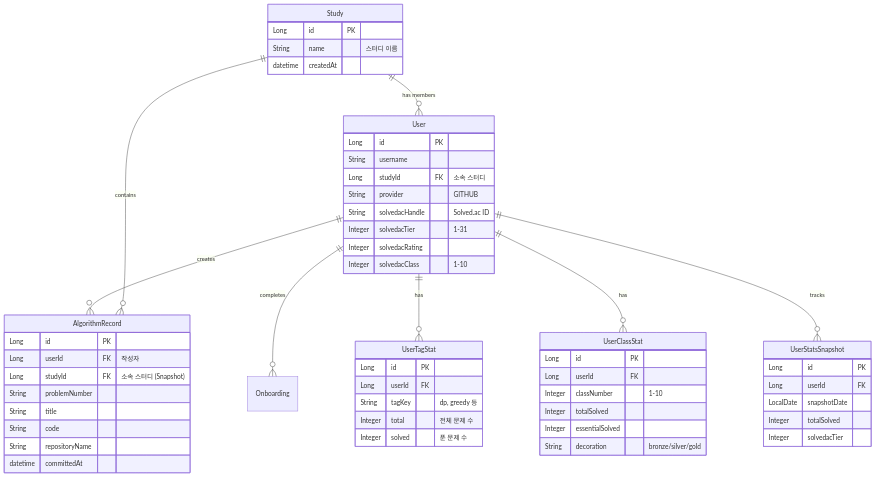
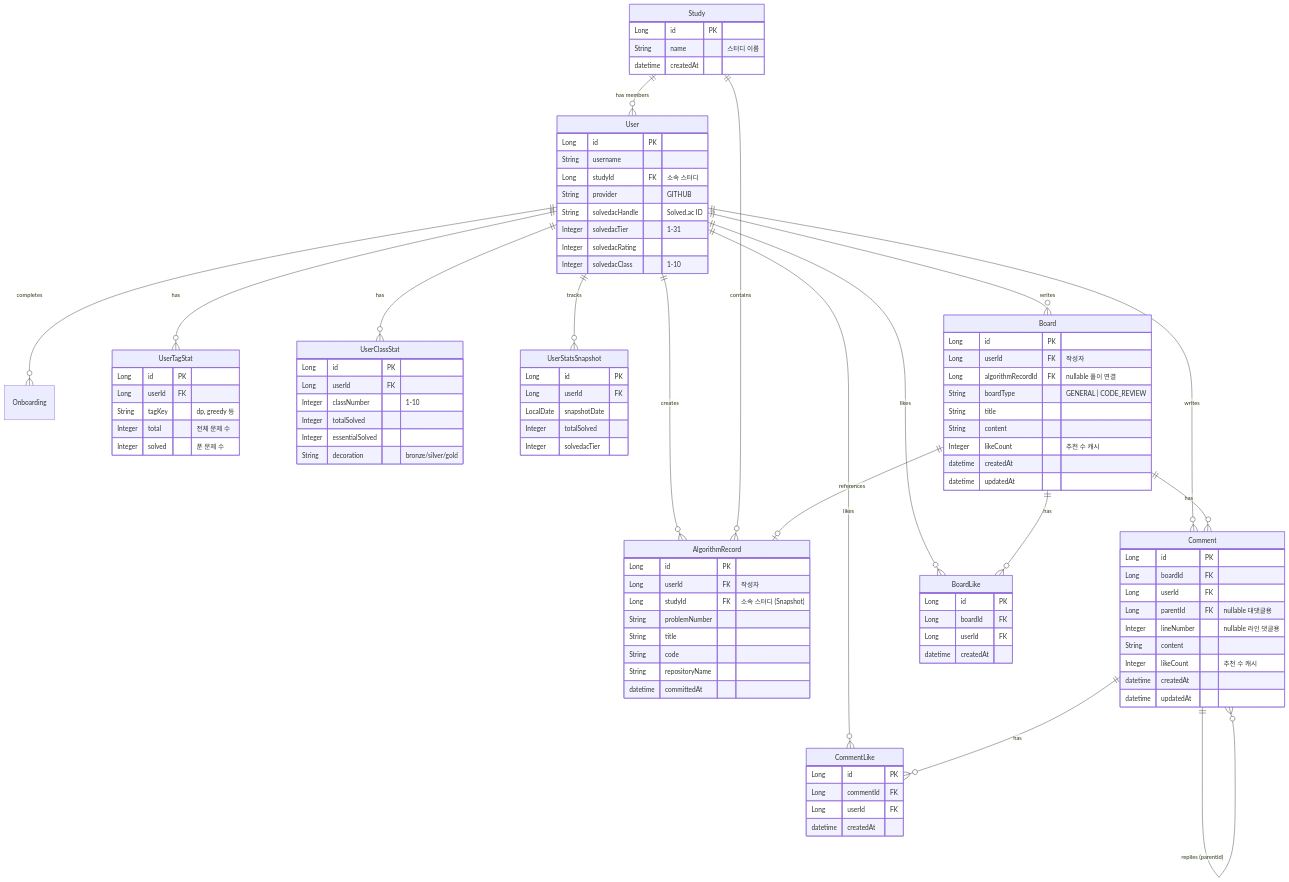
One commit to utact/dash changed the first of 3 diagrams in backend/docs/DOMAIN_MODEL.md. Above: the diagram before and after it, drawn with Mermaid. The commit also changed other lines of this file and 2 other files, not shown here.

Commit message:
docs: Board/Comment/Like 도메인 추가에 따른 문서 업데이트

```diff
--- a/backend/docs/DOMAIN_MODEL.md
+++ b/backend/docs/DOMAIN_MODEL.md
@@ -13,6 +13,15 @@
     User ||--o{ UserTagStat : "has"
     User ||--o{ UserClassStat : "has"
     User ||--o{ UserStatsSnapshot : "tracks"
+    User ||--o{ Board : "writes"
+    User ||--o{ Comment : "writes"
+    User ||--o{ BoardLike : "likes"
+    User ||--o{ CommentLike : "likes"
+    Board ||--o| AlgorithmRecord : "references"
+    Board ||--o{ Comment : "has"
+    Board ||--o{ BoardLike : "has"
+    Comment ||--o{ Comment : "replies (parentId)"
+    Comment ||--o{ CommentLike : "has"
     
     Study {
         Long id PK
@@ -42,6 +51,44 @@
         datetime committedAt
     }
 
+    Board {
+        Long id PK
+        Long userId FK "작성자"
+        Long algorithmRecordId FK "nullable 풀이 연결"
+        String boardType "GENERAL | CODE_REVIEW"
+        String title
+        String content
+        Integer likeCount "추천 수 캐시"
+        datetime createdAt
+        datetime updatedAt
+    }
+
+    Comment {
+        Long id PK
+        Long boardId FK
+        Long userId FK
+        Long parentId FK "nullable 대댓글용"
+        Integer lineNumber "nullable 라인 댓글용"
+        String content
+        Integer likeCount "추천 수 캐시"
+        datetime createdAt
+        datetime updatedAt
+    }
+
+    BoardLike {
+        Long id PK
+        Long boardId FK
+        Long userId FK
+        datetime createdAt
+    }
+
+    CommentLike {
+        Long id PK
+        Long commentId FK
+        Long userId FK
+        datetime createdAt
+    }
+
     UserTagStat {
         Long id PK
         Long userId FK
```
